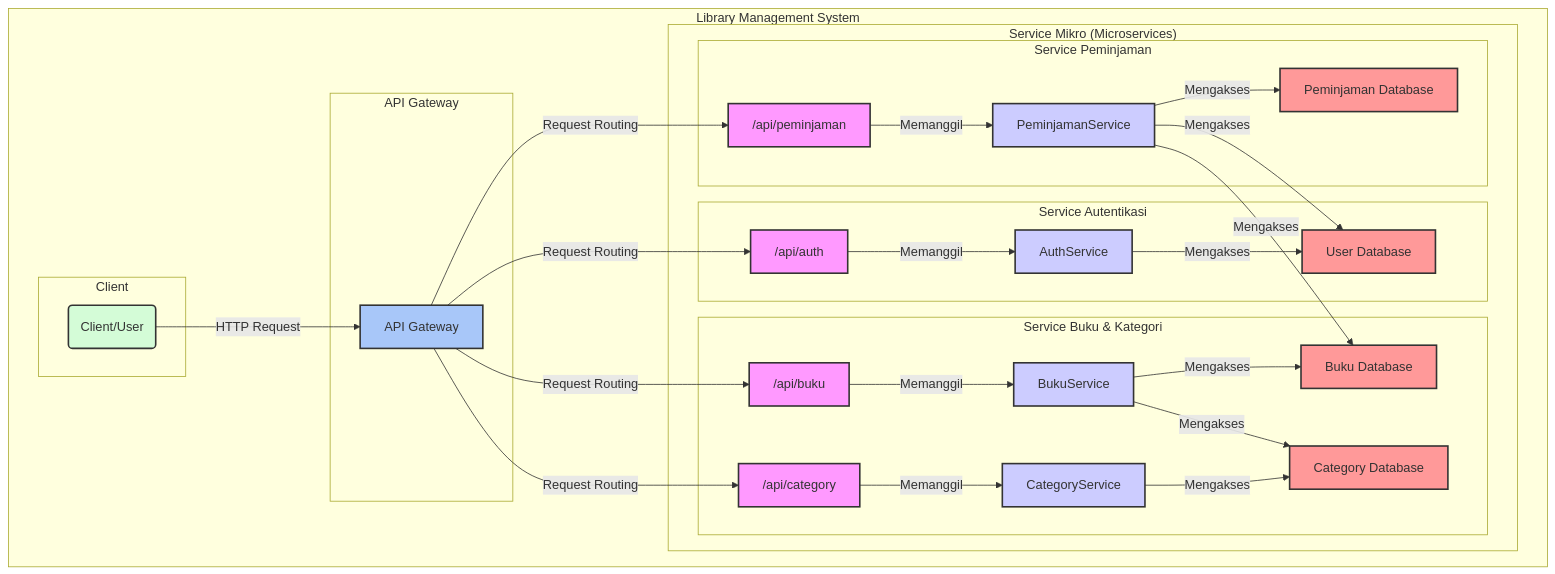
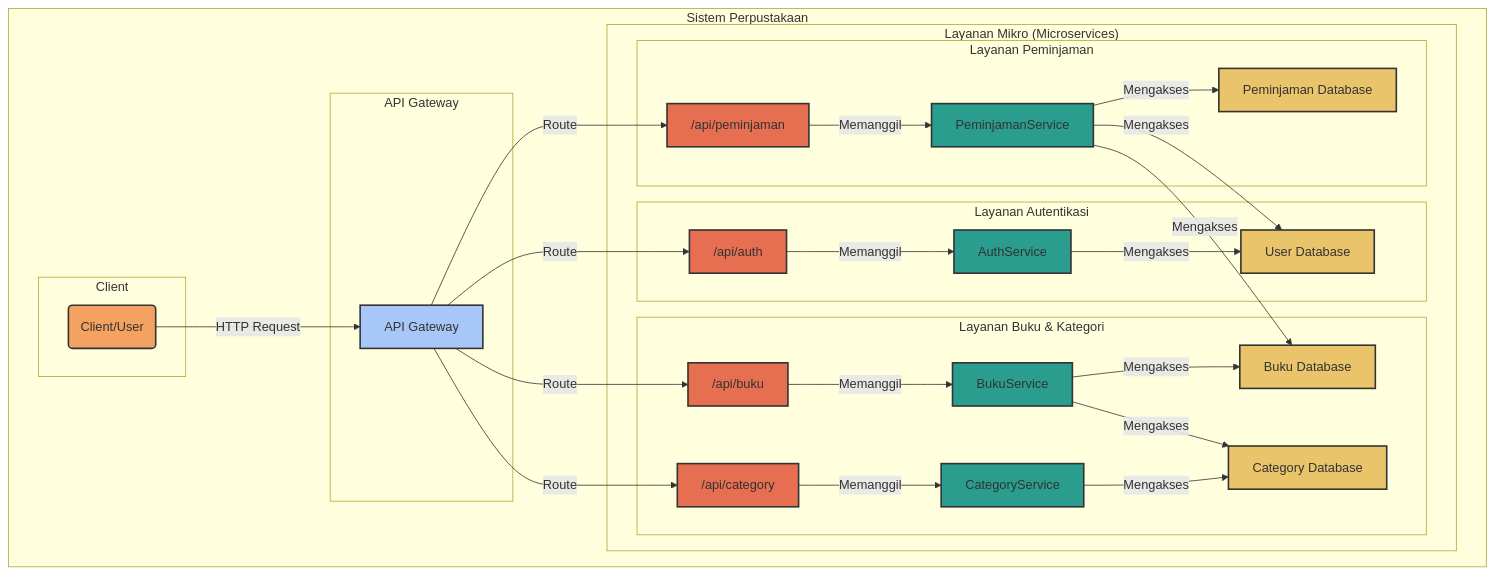
One commit to Arss011/library-management-system changed the second of 2 diagrams in README.md. Above: the diagram before and after it, drawn with Mermaid. The commit also changed other lines of this file, not shown here.

Commit message:
docs: menambahkan dokumentasi project library management system di README

````diff
--- a/README.md
+++ b/README.md
@@ -36,73 +42,73 @@
 ```mermaid
 graph TD
-    subgraph "Library Management System"
+    subgraph "Sistem Perpustakaan"
         subgraph "Client"
             C(Client/User)
         end
 
         subgraph "API Gateway"
             API[API Gateway]
         end
 
-        subgraph "Service Mikro (Microservices)"
-            subgraph "Service Autentikasi"
+        subgraph "Layanan Mikro (Microservices)"
+            subgraph "Layanan Autentikasi"
                 AuthController["/api/auth"]
                 AuthService[AuthService]
                 UserDB[User Database]
             end
 
-            subgraph "Service Buku & Kategori"
+            subgraph "Layanan Buku & Kategori"
                 BukuController["/api/buku"]
                 CategoryController["/api/category"]
                 BukuService[BukuService]
                 CategoryService[CategoryService]
                 BukuDB[Buku Database]
                 CategoryDB[Category Database]
             end
 
-            subgraph "Service Peminjaman"
+            subgraph "Layanan Peminjaman"
                 PeminjamanController["/api/peminjaman"]
                 PeminjamanService[PeminjamanService]
                 PeminjamanDB[Peminjaman Database]
             end
         end
     end
 
-    %% Definisikan hubungan antar node
+    %% Hubungan
     C -- "HTTP Request" --> API
-    API -- "Request Routing" --> AuthController
-    API -- "Request Routing" --> BukuController
-    API -- "Request Routing" --> CategoryController
-    API -- "Request Routing" --> PeminjamanController
+    API -- "Route" --> AuthController
+    API -- "Route" --> BukuController
+    API -- "Route" --> CategoryController
+    API -- "Route" --> PeminjamanController
 
     AuthController -- "Memanggil" --> AuthService
     AuthService -- "Mengakses" --> UserDB
 
     BukuController -- "Memanggil" --> BukuService
     BukuService -- "Mengakses" --> BukuDB
     BukuService -- "Mengakses" --> CategoryDB
 
     CategoryController -- "Memanggil" --> CategoryService
     CategoryService -- "Mengakses" --> CategoryDB
 
     PeminjamanController -- "Memanggil" --> PeminjamanService
     PeminjamanService -- "Mengakses" --> PeminjamanDB
     PeminjamanService -- "Mengakses" --> BukuDB
     PeminjamanService -- "Mengakses" --> UserDB
 
-    %% Styling untuk visual
-    style C fill:#d4fcd7,stroke:#333,stroke-width:2px
+    %% Styling untuk visual yang lebih jelas
+    style C fill:#f4a261,stroke:#333,stroke-width:2px
     style API fill:#a8c7f9,stroke:#333,stroke-width:2px
-    style AuthController fill:#f9f,stroke:#333,stroke-width:2px
-    style BukuController fill:#f9f,stroke:#333,stroke-width:2px
-    style CategoryController fill:#f9f,stroke:#333,stroke-width:2px
-    style PeminjamanController fill:#f9f,stroke:#333,stroke-width:2px
-    style AuthService fill:#ccf,stroke:#333,stroke-width:2px
-    style BukuService fill:#ccf,stroke:#333,stroke-width:2px
-    style CategoryService fill:#ccf,stroke:#333,stroke-width:2px
-    style PeminjamanService fill:#ccf,stroke:#333,stroke-width:2px
-    style UserDB fill:#f99,stroke:#333,stroke-width:2px
-    style BukuDB fill:#f99,stroke:#333,stroke-width:2px
-    style CategoryDB fill:#f99,stroke:#333,stroke-width:2px
-    style PeminjamanDB fill:#f99,stroke:#333,stroke-width:2px
+    style AuthController fill:#e76f51,stroke:#333,stroke-width:2px
+    style BukuController fill:#e76f51,stroke:#333,stroke-width:2px
+    style CategoryController fill:#e76f51,stroke:#333,stroke-width:2px
+    style PeminjamanController fill:#e76f51,stroke:#333,stroke-width:2px
+    style AuthService fill:#2a9d8f,stroke:#333,stroke-width:2px
+    style BukuService fill:#2a9d8f,stroke:#333,stroke-width:2px
+    style CategoryService fill:#2a9d8f,stroke:#333,stroke-width:2px
+    style PeminjamanService fill:#2a9d8f,stroke:#333,stroke-width:2px
+    style UserDB fill:#e9c46a,stroke:#333,stroke-width:2px
+    style BukuDB fill:#e9c46a,stroke:#333,stroke-width:2px
+    style CategoryDB fill:#e9c46a,stroke:#333,stroke-width:2px
+    style PeminjamanDB fill:#e9c46a,stroke:#333,stroke-width:2px
 ```
````
